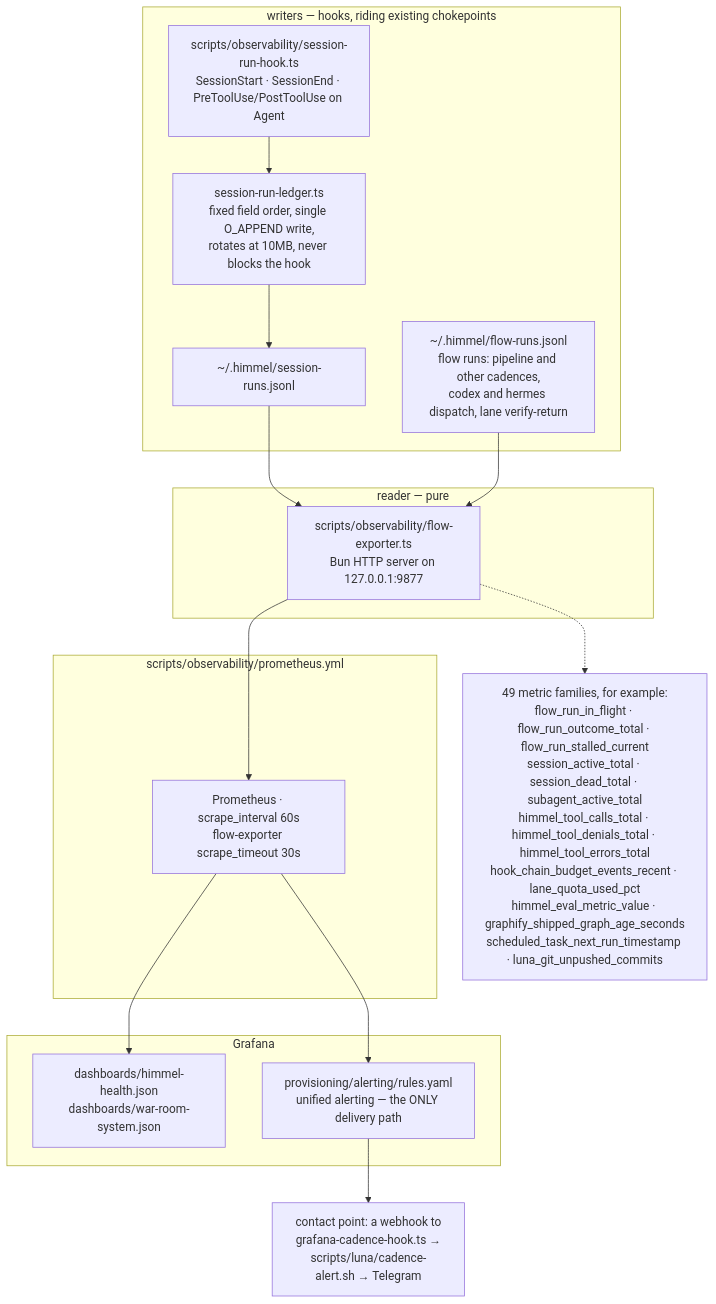
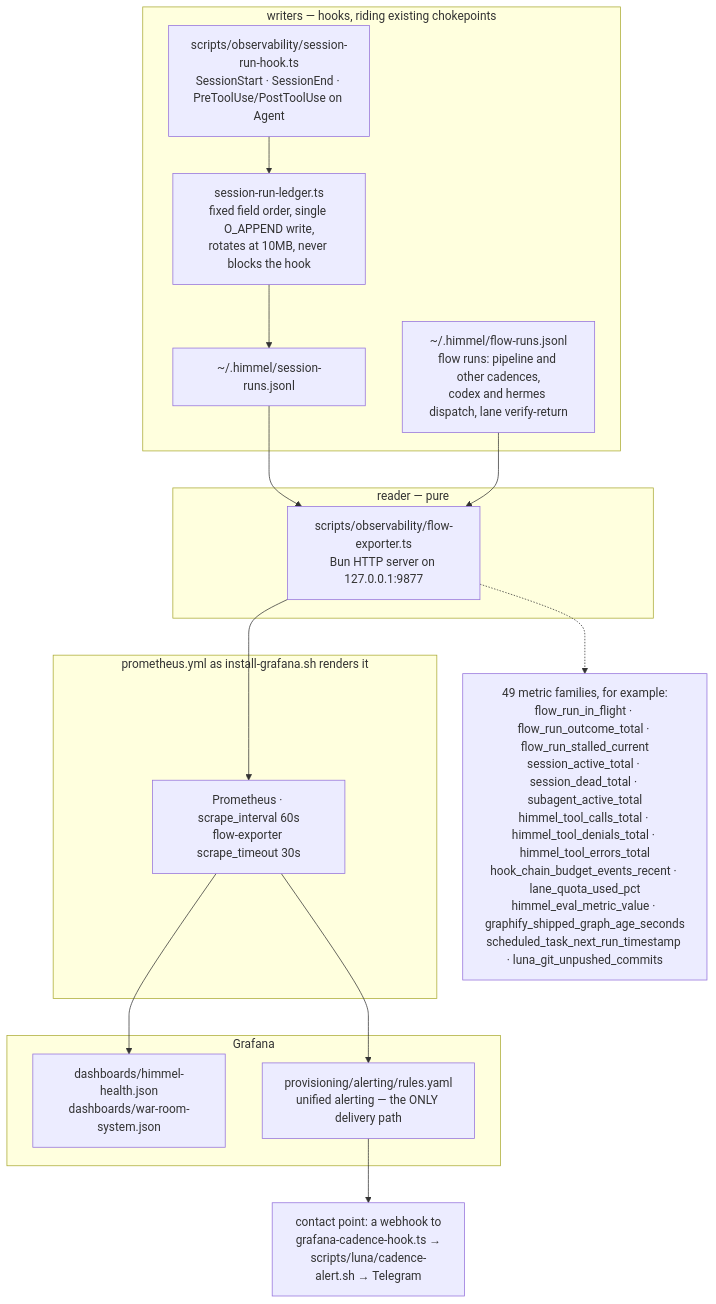
One commit to yotamleo-org/Himmel changed the fifth of 5 diagrams in docs/architecture.md. Above: the diagram before and after it, drawn with Mermaid. The commit also changed other lines of this file, not shown here.

Commit message:
docs: [HIMMEL-7481] architecture names claudex as the one live external lane and the rendered prometheus.yml
The lane-registry node says claudex is the only live external
implementation lane and the rest are dormant opt-ins or review critics,
as scripts/lanes/lanes.json declares. The scrape subgraph is labelled as
the prometheus.yml that install-grafana.sh renders, which drops the
exporter job the diagram no longer shows.

````diff
--- a/docs/architecture.md
+++ b/docs/architecture.md
@@ -278,32 +278,32 @@
 ```mermaid
 flowchart TD
     subgraph WRITE["writers — hooks, riding existing chokepoints"]
         HK["scripts/observability/session-run-hook.ts<br/>SessionStart · SessionEnd · PreToolUse/PostToolUse on Agent"]
         SL["session-run-ledger.ts<br/>fixed field order, single O_APPEND write,<br/>rotates at 10MB, never blocks the hook"]
         LED["~/.himmel/session-runs.jsonl"]
         FLOW["~/.himmel/flow-runs.jsonl<br/>flow runs: pipeline and other cadences,<br/>codex and hermes dispatch, lane verify-return"]
         HK --> SL --> LED
     end
 
     subgraph READ["reader — pure"]
         EXP["scripts/observability/flow-exporter.ts<br/>Bun HTTP server on 127.0.0.1:9877"]
         LED --> EXP
         FLOW --> EXP
     end
 
-    subgraph SCRAPE["scripts/observability/prometheus.yml"]
+    subgraph SCRAPE["prometheus.yml as install-grafana.sh renders it"]
         PROM["Prometheus · scrape_interval 60s<br/>flow-exporter scrape_timeout 30s"]
         EXP --> PROM
     end
 
     subgraph VIEW["Grafana"]
         DASH["dashboards/himmel-health.json<br/>dashboards/war-room-system.json"]
         ALERT["provisioning/alerting/rules.yaml<br/>unified alerting — the ONLY delivery path"]
         PROM --> DASH
         PROM --> ALERT
     end
 
     ALERT --> TG["contact point: a webhook to<br/>grafana-cadence-hook.ts →<br/>scripts/luna/cadence-alert.sh → Telegram"]
 
     EXP -.-> M["49 metric families, for example:<br/>flow_run_in_flight · flow_run_outcome_total · flow_run_stalled_current<br/>session_active_total · session_dead_total · subagent_active_total<br/>himmel_tool_calls_total · himmel_tool_denials_total · himmel_tool_errors_total<br/>hook_chain_budget_events_recent · lane_quota_used_pct<br/>himmel_eval_metric_value · graphify_shipped_graph_age_seconds<br/>scheduled_task_next_run_timestamp · luna_git_unpushed_commits"]
 ```
````
